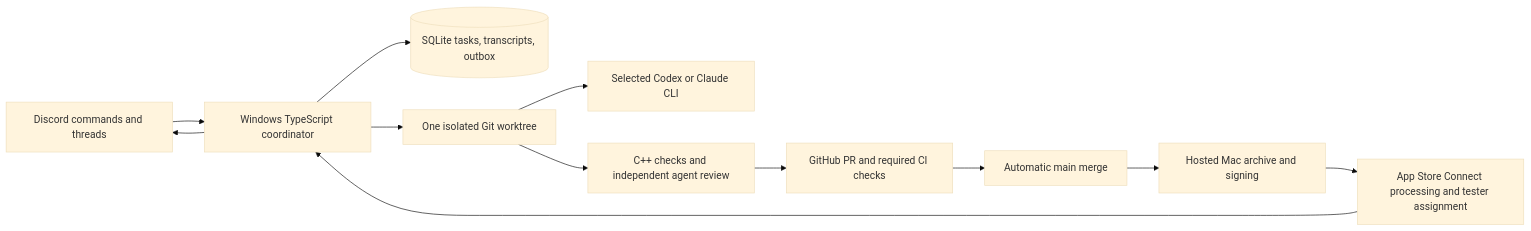
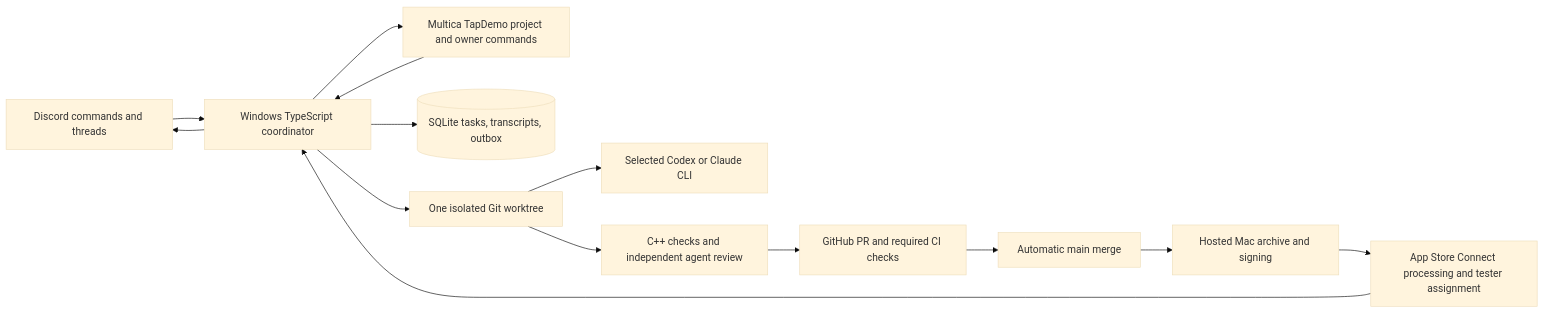
One commit to YotamHarris/Y-Y changed the diagram in docs/architecture.md. Above: the diagram before and after it, drawn with Mermaid (base theme). The commit also changed other lines of this file and 21 other files, not shown here.

Commit message:
Connect Multica board to YYEngine coordinator and add launchers

````diff
--- a/docs/architecture.md
+++ b/docs/architecture.md
@@ -3,14 +3,16 @@
 ```mermaid
 flowchart LR
   D[Discord commands and threads] --> B[Windows TypeScript coordinator]
+  Board[Multica TapDemo project and owner commands] --> B
   B --> Q[(SQLite tasks, transcripts, outbox)]
   B --> W[One isolated Git worktree]
   W --> A[Selected Codex or Claude CLI]
   W --> C[C++ checks and independent agent review]
   C --> P[GitHub PR and required CI checks]
   P --> M[Automatic main merge]
   M --> I[Hosted Mac archive and signing]
   I --> T[App Store Connect processing and tester assignment]
   T --> B
   B --> D
+  B --> Board
 ```
````
